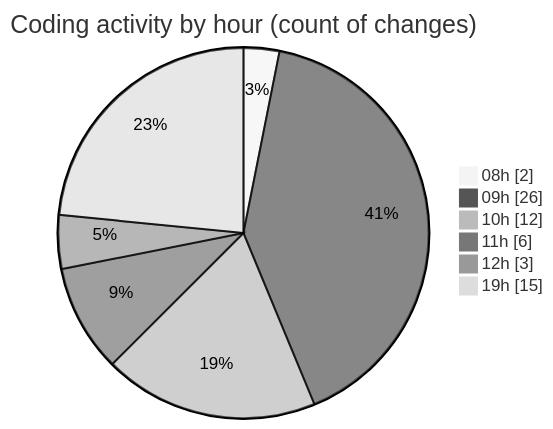
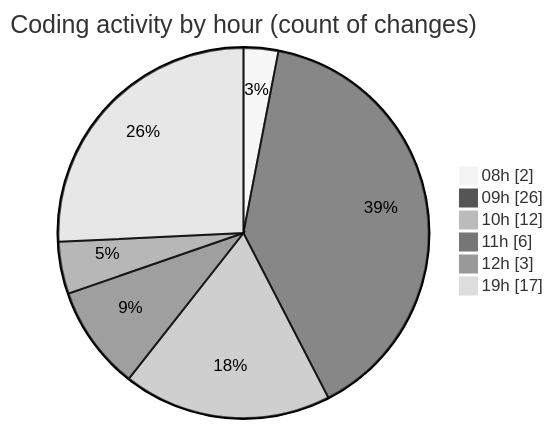
One commit to Elitesun/code-tracking changed the second of 2 diagrams in 2025-05-20/niten/README.md. Above: the diagram before and after it, drawn with Mermaid (neutral theme). The commit also changed other lines of this file and 1 other file, not shown here.

````diff
--- a/2025-05-20/niten/README.md
+++ b/2025-05-20/niten/README.md
@@ -55,10 +56,10 @@
 ```mermaid
 pie showData
 title Coding activity by hour (count of changes)
 "08h" : 2
 "09h" : 26
 "10h" : 12
 "11h" : 6
 "12h" : 3
-"19h" : 15
+"19h" : 17
 ```
````
